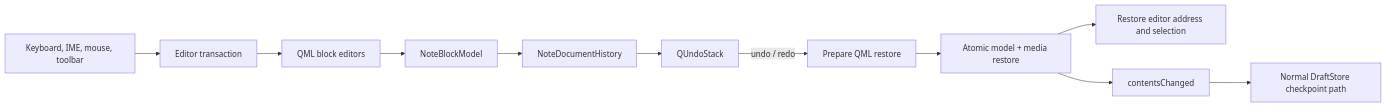
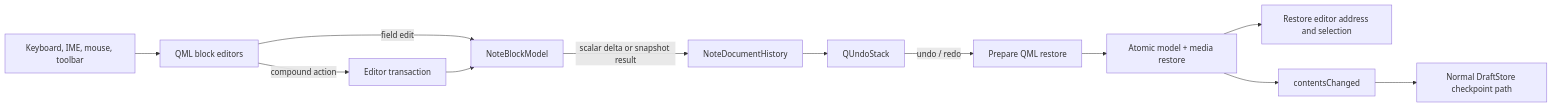
The first of 2 diagrams in docs/note-editor-undo-redo.md (Ri0n/QtNote), drawn with Mermaid before and after one commit. The commit also changed other lines of this file and 14 other files, not shown here.

````diff
--- a/docs/note-editor-undo-redo.md
+++ b/docs/note-editor-undo-redo.md
@@ -38,14 +39,15 @@
 ```mermaid
 flowchart LR
-    INPUT["Keyboard, IME, mouse, toolbar"] --> TX["Editor transaction"]
-    TX --> QML["QML block editors"]
-    QML --> MODEL["NoteBlockModel"]
-    MODEL --> HISTORY["NoteDocumentHistory"]
+    INPUT["Keyboard, IME, mouse, toolbar"] --> QML["QML block editors"]
+    QML -->|field edit| MODEL["NoteBlockModel"]
+    QML -->|compound action| TX["Editor transaction"]
+    TX --> MODEL
+    MODEL -->|scalar delta or snapshot result| HISTORY["NoteDocumentHistory"]
     HISTORY --> STACK["QUndoStack"]
 
     STACK -->|undo / redo| PREPARE["Prepare QML restore"]
     PREPARE --> RESTORE["Atomic model + media restore"]
     RESTORE --> VIEW["Restore editor address and selection"]
     RESTORE --> CHANGED["contentsChanged"]
     CHANGED --> DRAFT["Normal DraftStore checkpoint path"]
 ```
````
